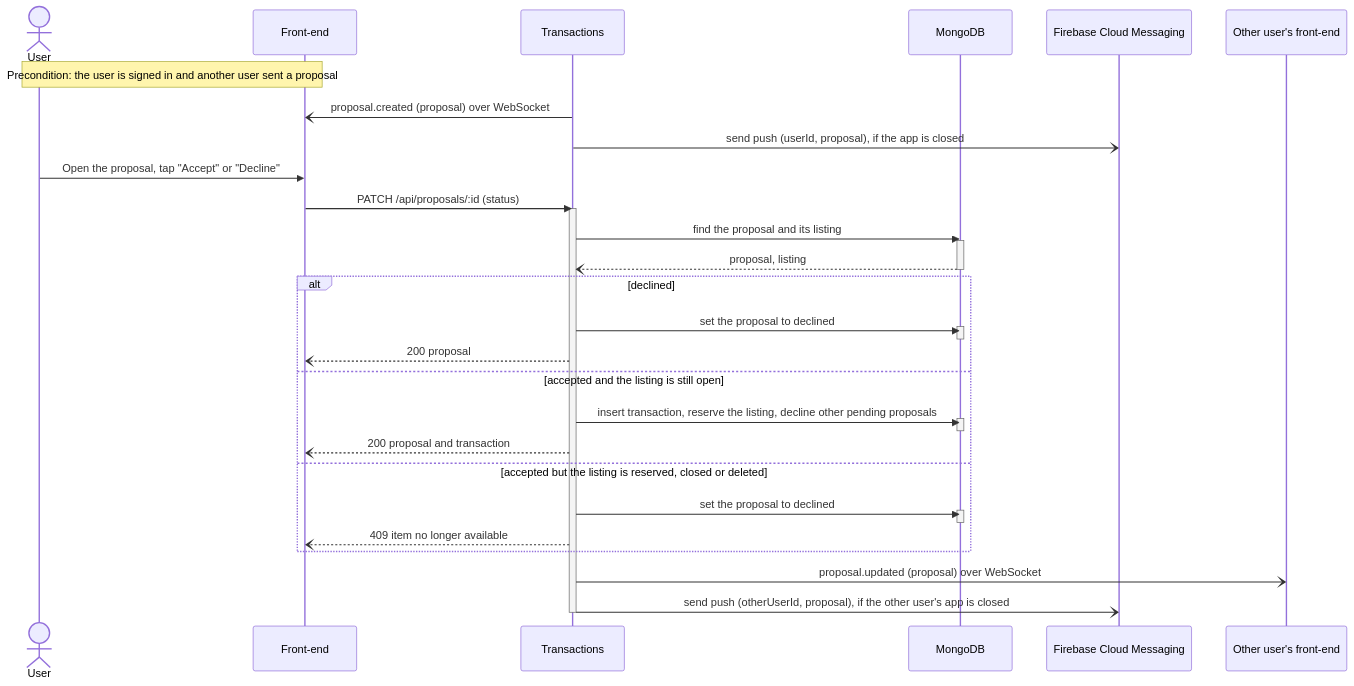
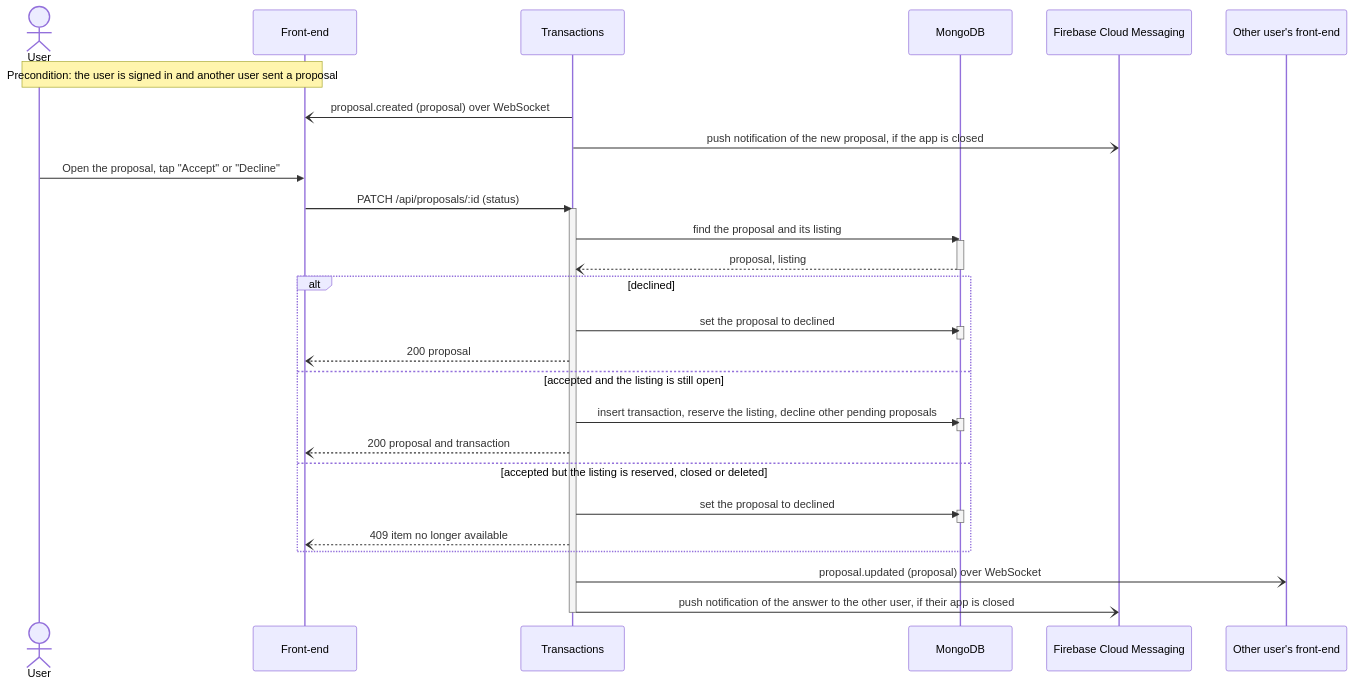
Before and after one commit to m1lun/m1skeletonProject: the third of 6 diagrams in documentation/Requirements_and_Design.md, drawn with Mermaid. The commit also changed other lines of this file, not shown here.

Commit message:
docs: describe undefined terms in the sequence diagrams in words

````diff
--- a/documentation/Requirements_and_Design.md
+++ b/documentation/Requirements_and_Design.md
@@ -512,38 +512,38 @@
 ```mermaid
 sequenceDiagram
     actor U as User
     participant FE as Front-end
     participant T as Transactions
     participant DB as MongoDB
     participant FCM as Firebase Cloud Messaging
     participant O as Other user's front-end
     Note over U,FE: Precondition: the user is signed in and another user sent a proposal
     T-)FE: proposal.created (proposal) over WebSocket
-    T-)FCM: send push (userId, proposal), if the app is closed
+    T-)FCM: push notification of the new proposal, if the app is closed
     U->>FE: Open the proposal, tap "Accept" or "Decline"
     FE->>T: PATCH /api/proposals/:id (status)
     activate T
     T->>DB: find the proposal and its listing
     activate DB
     DB--)T: proposal, listing
     deactivate DB
     alt declined
         T->>DB: set the proposal to declined
         activate DB
         deactivate DB
         T--)FE: 200 proposal
     else accepted and the listing is still open
         T->>DB: insert transaction, reserve the listing, decline other pending proposals
         activate DB
         deactivate DB
         T--)FE: 200 proposal and transaction
     else accepted but the listing is reserved, closed or deleted
         T->>DB: set the proposal to declined
         activate DB
         deactivate DB
         T--)FE: 409 item no longer available
     end
     T-)O: proposal.updated (proposal) over WebSocket
-    T-)FCM: send push (otherUserId, proposal), if the other user's app is closed
+    T-)FCM: push notification of the answer to the other user, if their app is closed
     deactivate T
 ```
````
